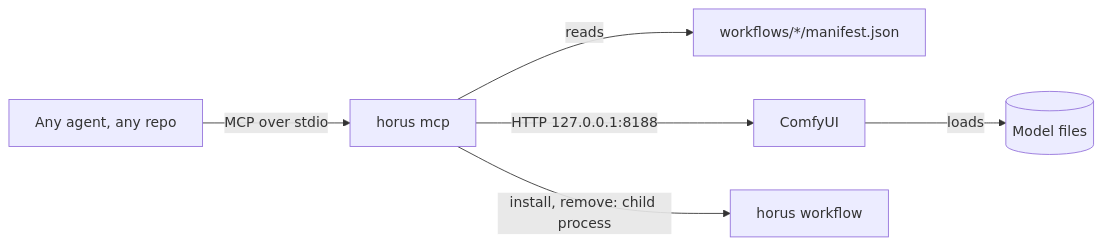
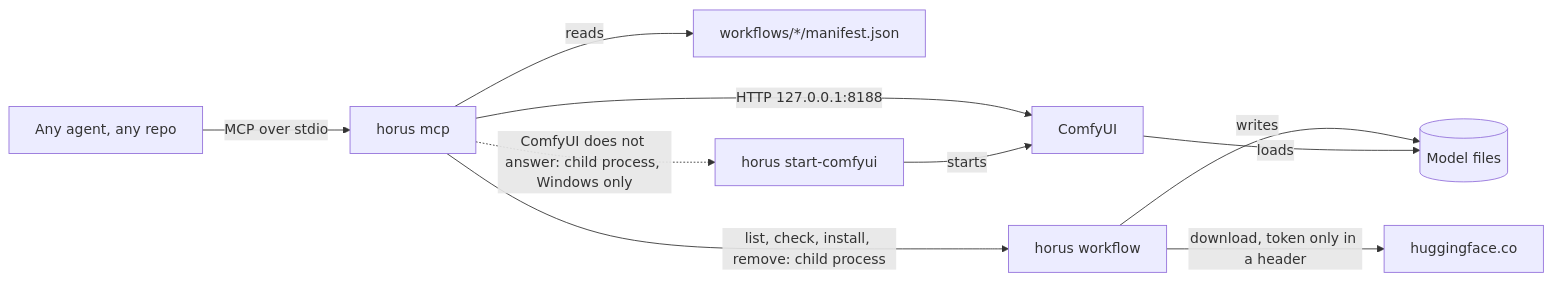
The diagram in docs/mcp.md (hieplam/horus), drawn with Mermaid before and after one commit. The commit also changed other lines of this file, not shown here.

Commit message:
docs/mcp.md: the diagram shows the start-comfyui child and the download path
The diagram left out two edges that the code has: generate_image starts
ComfyUI with a child process 'horus start-comfyui' (internal/comfy/comfy.go),
and 'horus workflow' downloads from huggingface.co and writes the model files.
list and check also run as the child, not only install and remove.
A short paragraph says what a child process is and why it is used (D16).

Claude-Session: https://claude.ai/code/session_012X15FZR4sMvpWNiaGnzJRJ

````diff
--- a/docs/mcp.md
+++ b/docs/mcp.md
@@ -14,8 +14,12 @@
 ```mermaid
 flowchart LR
   agent[Any agent, any repo] -->|MCP over stdio| horus[horus mcp]
   horus -->|reads| wf[workflows/*/manifest.json]
   horus -->|HTTP 127.0.0.1:8188| comfy[ComfyUI]
-  horus -->|install, remove: child process| wfcmd[horus workflow]
-  comfy -->|loads| models[(Model files)]
+  horus -->|list, check, install, remove: child process| wfcmd[horus workflow]
+  horus -.->|ComfyUI does not answer: child process, Windows only| start[horus start-comfyui]
+  start -->|starts| comfy
+  wfcmd -->|download, token only in a header| hf[huggingface.co]
+  wfcmd -->|writes| models[(Model files)]
+  comfy -->|loads| models
 ```
````
